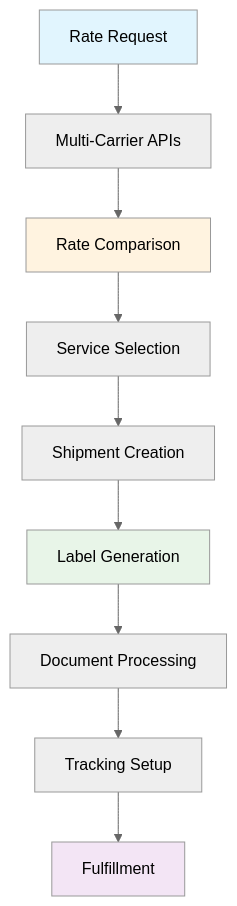
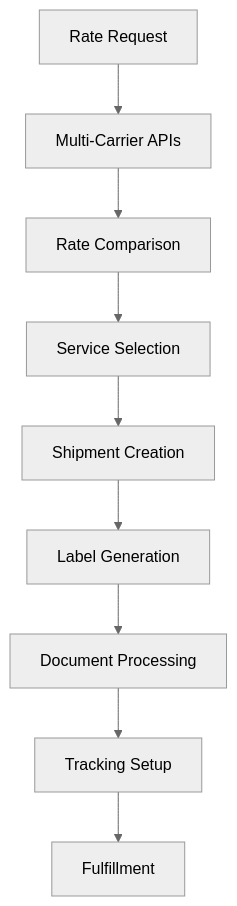
Before and after one commit to karrioapi/karrio: the diagram in apps/web/src/app/docs/products/shipments/page.mdx, drawn with Mermaid (neutral theme). The commit also changed 34 other files, not shown here.

````diff
--- a/apps/web/src/app/docs/products/shipments/page.mdx
+++ b/apps/web/src/app/docs/products/shipments/page.mdx
@@ -164,16 +164,13 @@
 ```mermaid
 flowchart TD
     A[Rate Request] --> B[Multi-Carrier APIs]
     B --> C[Rate Comparison]
     C --> D[Service Selection]
     D --> E[Shipment Creation]
     E --> F[Label Generation]
     F --> G[Document Processing]
     G --> H[Tracking Setup]
     H --> I[Fulfillment]
 
-    style A fill:#e1f5fe
-    style C fill:#fff3e0
-    style F fill:#e8f5e8
-    style I fill:#f3e5f5
+    
 ```
````
